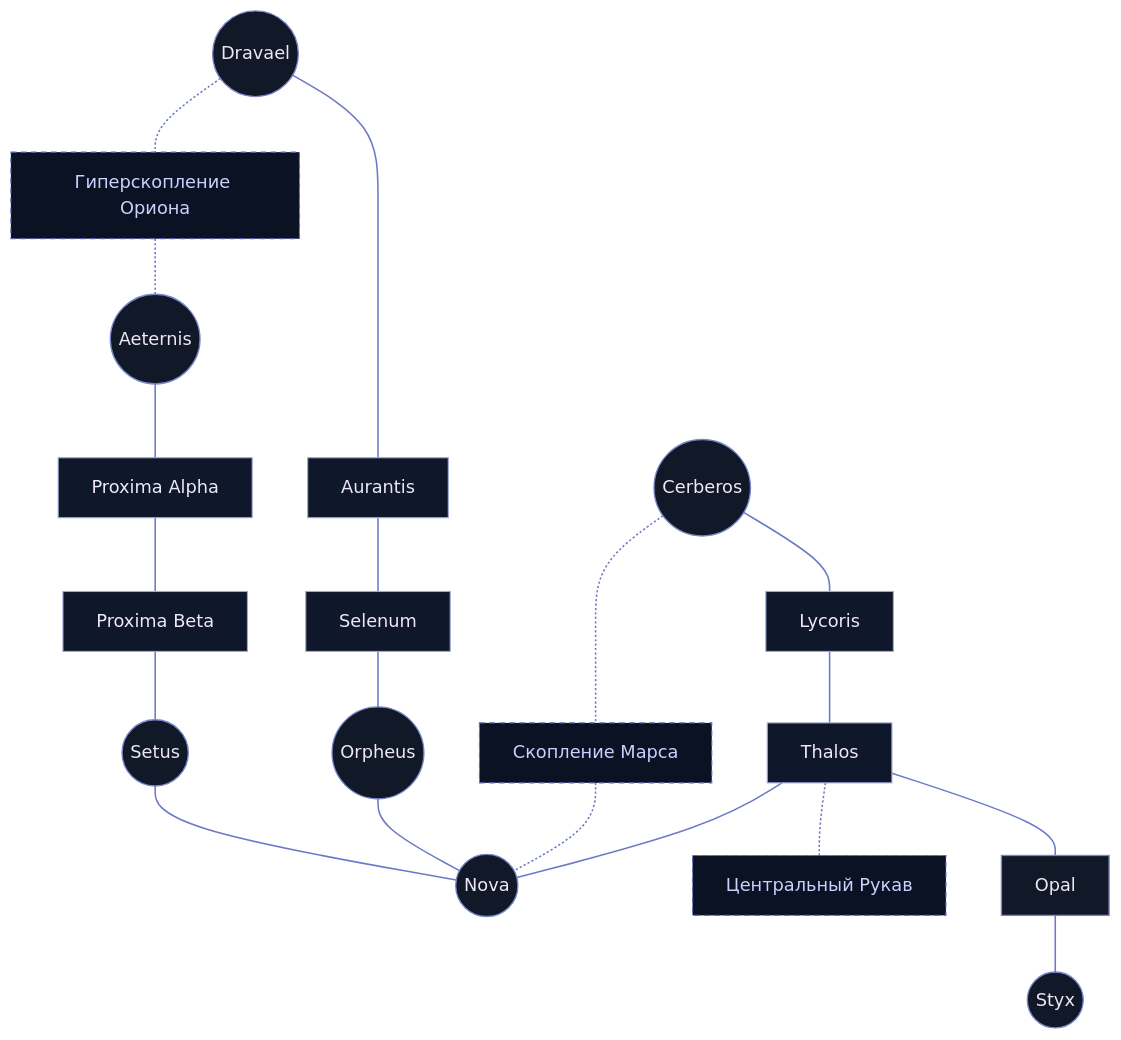
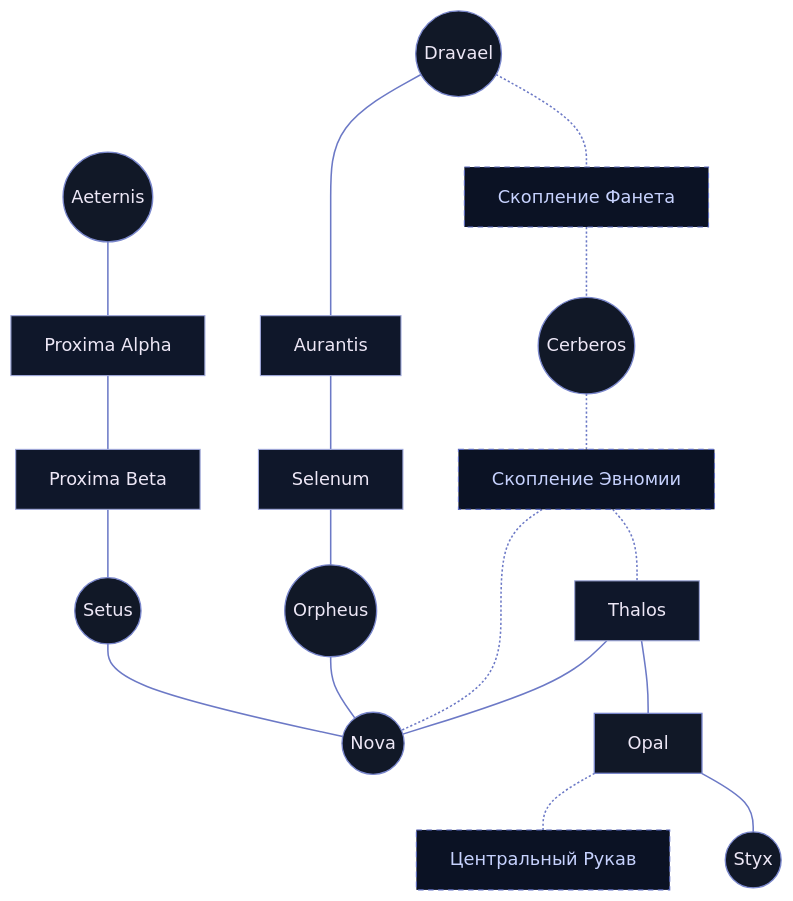
The diagram in docs/вселенная/Скопление Геи.md (LuckyOneDev/homo-dominus), drawn with Mermaid (neutral theme) before and after one commit.

````diff
--- a/docs/вселенная/Скопление Геи.md
+++ b/docs/вселенная/Скопление Геи.md
@@ -10,63 +10,61 @@
 ```mermaid
 flowchart TB
   %% =====================================================
   %%   primary ~ #5c6bc0, dark ~ #3949ab, lightest ~ #b388ff
   %% =====================================================
 
   %% Nodes
   classDef star fill:#111827,stroke:#7986cb,color:#ede7f6,stroke-width:1.2px;
   classDef relay fill:#0f172a,stroke:#9fa8da,color:#ede7f6,stroke-width:1px;
   classDef out fill:#0b1224,stroke:#5c6bc0,color:#c7d2fe,stroke-dasharray: 5 4;
 
   %% Links (Silver Net)
   linkStyle default stroke:#5c6bc0,stroke-width:1.4px,opacity:0.9;
 
   %% ===== Center =====
   N((Nova)):::star
 
   %% ===== Left arm =====
-  OUT_A["Гиперскопление Ориона"]:::out
+  OUT_A["Скопление Фанета"]:::out
   A((Aeternis)):::star
   PA[Proxima Alpha]:::relay
   PB[Proxima Beta]:::relay
   S((Setus)):::star
 
-  D -.- OUT_A -.- A
+  D -.- OUT_A -.- C
   A --- PA --- PB --- S
   S --- N
 
   %% ===== Bottom arm =====
   D((Dravael)):::star
   AU[Aurantis]:::relay
   SE[Selenum]:::relay
   O((Orpheus)):::star
 
   D --- AU --- SE --- O
   O --- N
 
   %% ===== Right arm =====
-  OUT_C["Скопление Марса"]:::out
+  OUT_C["Скопление Эвномии"]:::out
   OUT_D["Центральный Рукав"]:::out
 
   C((Cerberos)):::star
-  L[Lycoris]:::relay
   T[Thalos]:::relay
   ST((Styx)):::star
   OPA[Opal]:::star
 
   C -.- OUT_C -.- N
-  C --- L --- T
   T --- N
-  T -.- OUT_D
-
+  OPA -.- OUT_D
+  OUT_C -.- T
   T --- OPA --- ST
 
   %% Clickable nodes (with baseUrl)
   click N "/homo-dominus/миры/Нова/" "Открыть: Нова"
   click A "/homo-dominus/миры/Аэтернис/" "Открыть: Аэтернис"
   click S "/homo-dominus/миры/Сетус/" "Открыть: Сетус"
   click D "/homo-dominus/миры/Драваэль/" "Открыть: Драваэль"
   click O "/homo-dominus/миры/Орфей/" "Открыть: Орфей"
   click C "/homo-dominus/миры/Керберос/Соларет" "Открыть: Керберос"
   click ST "/homo-dominus/миры/Стикс" "Открыть: Керберос"
 ```
````
